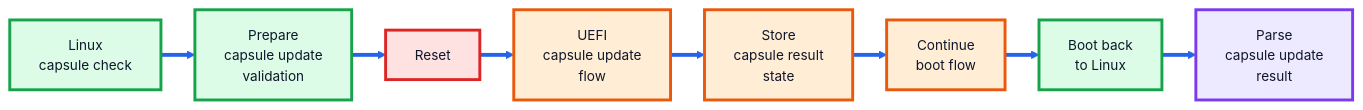
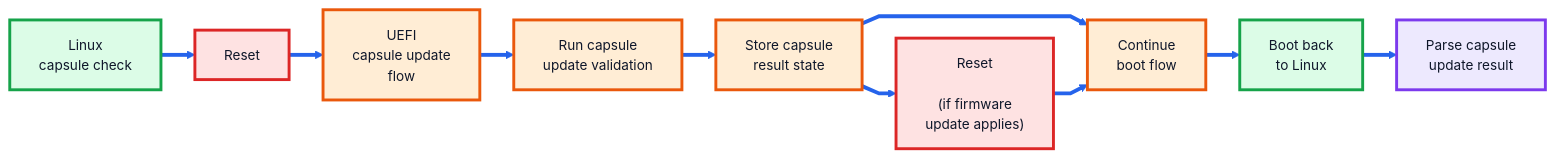
One commit to manjunath3divakar/arm-systemready changed the fifth of 8 diagrams in docs/systemredy_devicetree_band_flow.md. Above: the diagram before and after it, drawn with Mermaid. The commit also changed other lines of this file, not shown here.

Commit message:
Refactor capsule and network boot flow descriptions

````diff
--- a/docs/systemredy_devicetree_band_flow.md
+++ b/docs/systemredy_devicetree_band_flow.md
@@ -265,42 +267,45 @@
 ```mermaid
 %%{init: {
   "theme": "base",
   "flowchart": {
     "curve": "linear",
     "nodeSpacing": 25,
     "rankSpacing": 35
   },
   "themeVariables": {
     "fontFamily": "Arial",
     "fontSize": "14px",
     "primaryBorderColor": "#0f172a",
     "lineColor": "#2563eb",
     "tertiaryColor": "#ffffff"
   }
 }}%%
 
 flowchart LR
 
     linkStyle default stroke:#2563eb,stroke-width:4px;
 
     A["Linux<br/>capsule check"]
-    A --> B["Prepare<br/>capsule update<br/>validation"]
-    B --> R1["Reset"]
+    A --> R1["Reset"]
 
-    R1 --> C["UEFI<br/>capsule update<br/>flow"]
-    C --> D["Store<br/>capsule result<br/>state"]
+    R1 --> B["UEFI<br/>capsule update<br/>flow"]
+    B --> C["Run capsule<br/>update validation"]
+    C --> D["Store capsule<br/>result state"]
+
+    D --> R2["Reset<br/><br/>(if firmware<br/>update applies)"]
     D --> E["Continue<br/>boot flow"]
 
+    R2 --> E
     E --> F["Boot back<br/>to Linux"]
-    F --> G["Parse<br/>capsule update<br/>result"]
+    F --> G["Parse capsule<br/>update result"]
 
     classDef linux fill:#dcfce7,stroke:#16a34a,stroke-width:3px,color:#0f172a;
     classDef uefi fill:#ffedd5,stroke:#ea580c,stroke-width:3px,color:#0f172a;
     classDef reboot fill:#fee2e2,stroke:#dc2626,stroke-width:3px,color:#0f172a;
     classDef result fill:#ede9fe,stroke:#7c3aed,stroke-width:3px,color:#0f172a;
 
-    class A,B,F linux;
-    class C,D,E uefi;
-    class R1 reboot;
+    class A,F linux;
+    class B,C,D,E uefi;
+    class R1,R2 reboot;
     class G result;
 ```
````
